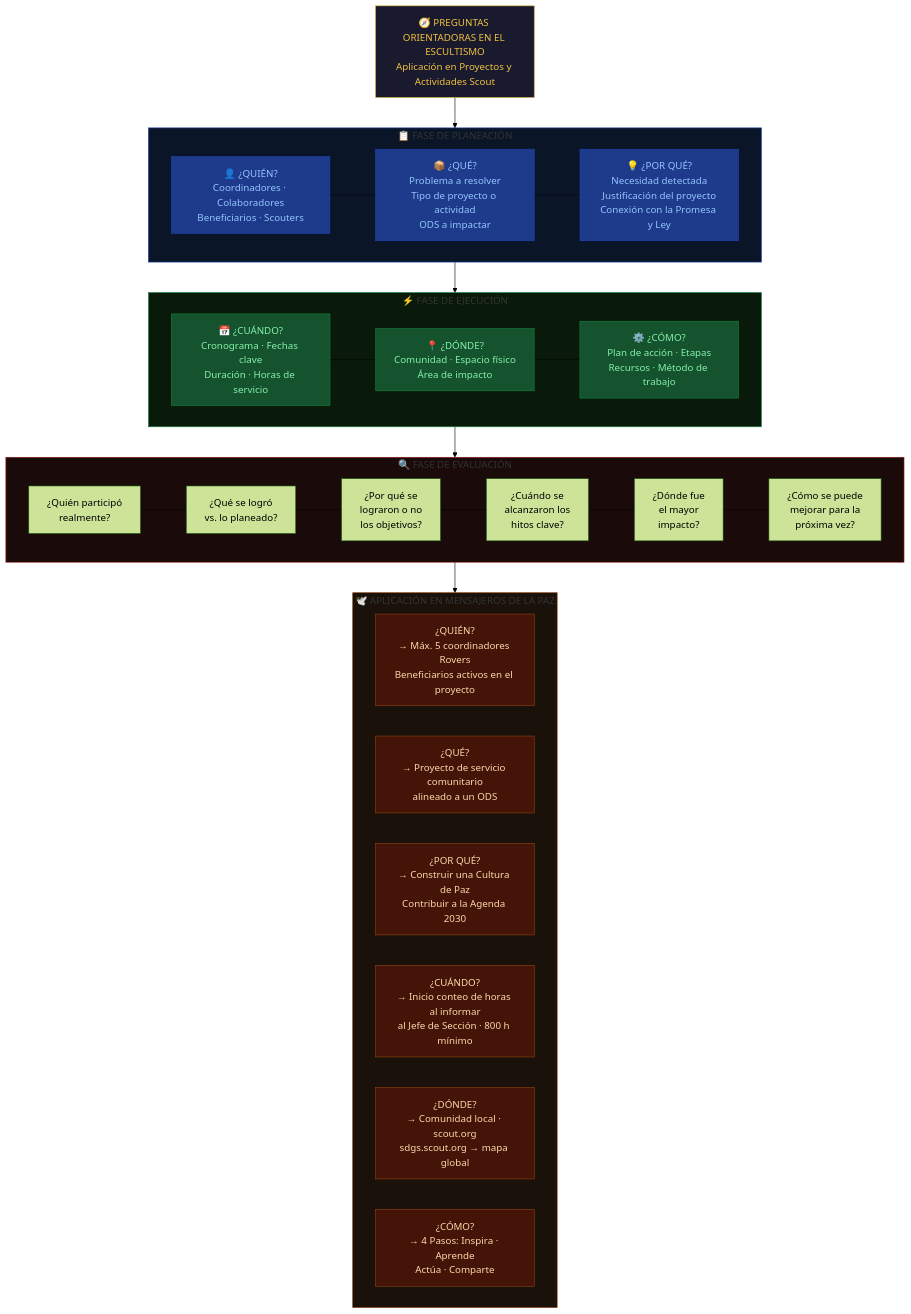
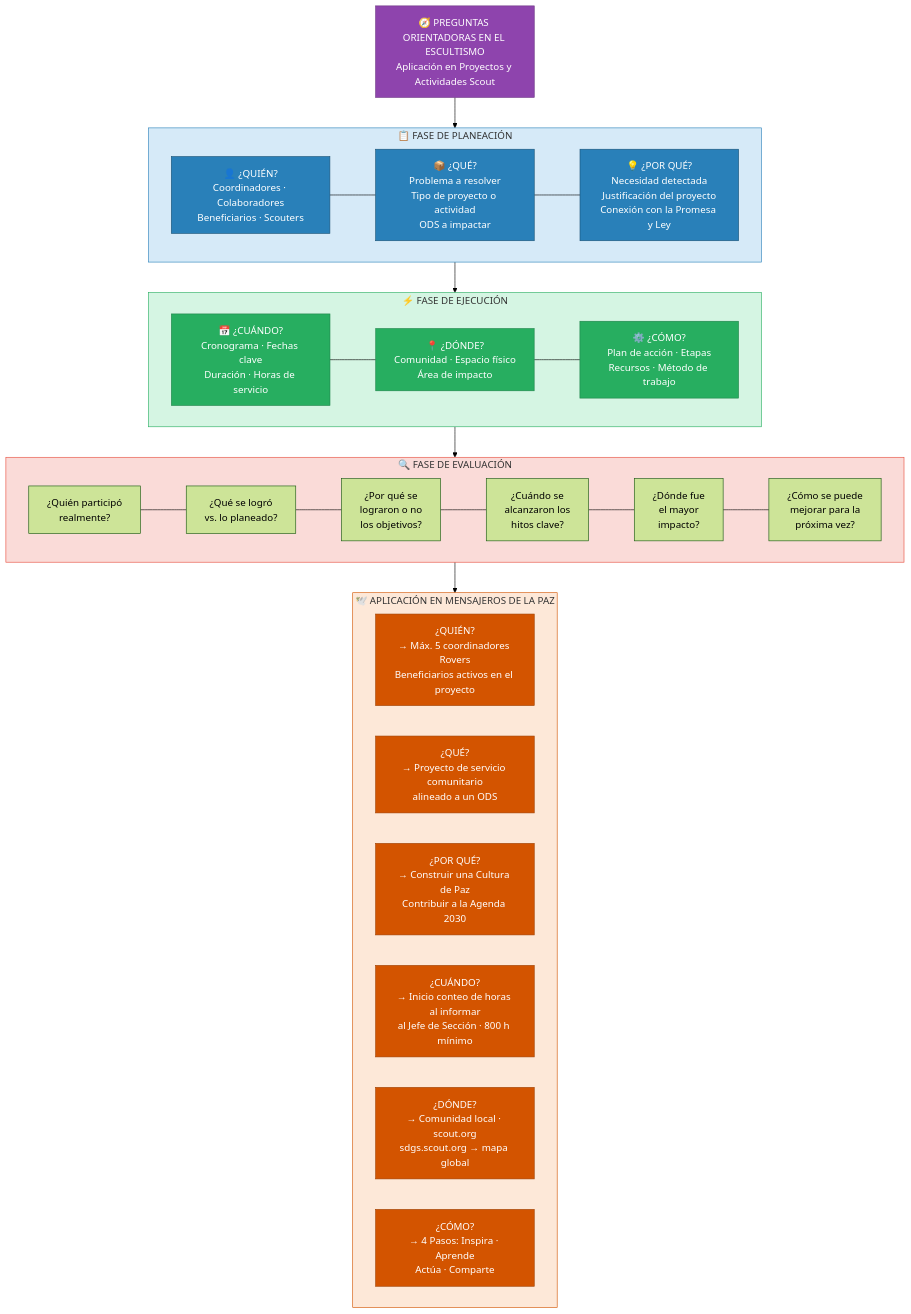
One commit to conecta-clanes/my-website changed the second of 2 diagrams in docs/base-conocimiento/tips-para-todos/5w1h-preguntas-orientadoras.md. Above: the diagram before and after it, drawn with Mermaid (forest theme). The commit also changed other lines of this file and 51 other files, not shown here.

````diff
--- a/docs/base-conocimiento/tips-para-todos/5w1h-preguntas-orientadoras.md
+++ b/docs/base-conocimiento/tips-para-todos/5w1h-preguntas-orientadoras.md
@@ -40,66 +40,66 @@
 ```mermaid
 flowchart TD
     TITLE["🧭 PREGUNTAS ORIENTADORAS EN EL ESCULTISMO<BR>Aplicación en Proyectos y Actividades Scout"]
 
     TITLE --> PLAN
 
     subgraph PLAN["📋 FASE DE PLANEACIÓN"]
         direction LR
         WHO["👤 ¿QUIÉN?<BR>Coordinadores · Colaboradores<BR>Beneficiarios · Scouters"]
         WHAT["📦 ¿QUÉ?<BR>Problema a resolver<BR>Tipo de proyecto o actividad<BR>ODS a impactar"]
         WHY["💡 ¿POR QUÉ?<BR>Necesidad detectada<BR>Justificación del proyecto<BR>Conexión con la Promesa y Ley"]
         WHO --- WHAT --- WHY
     end
 
     PLAN --> EXEC
 
     subgraph EXEC["⚡ FASE DE EJECUCIÓN"]
         direction LR
         WHEN["📅 ¿CUÁNDO?<BR>Cronograma · Fechas clave<BR>Duración · Horas de servicio"]
         WHERE["📍 ¿DÓNDE?<BR>Comunidad · Espacio físico<BR>Área de impacto"]
         HOW["⚙️ ¿CÓMO?<BR>Plan de acción · Etapas<BR>Recursos · Método de trabajo"]
         WHEN --- WHERE --- HOW
     end
 
     EXEC --> EVAL
 
     subgraph EVAL["🔍 FASE DE EVALUACIÓN"]
         direction LR
         E1["¿Quién participó<BR>realmente?"]
         E2["¿Qué se logró<BR>vs. lo planeado?"]
         E3["¿Por qué se<BR>lograron o no<BR>los objetivos?"]
         E4["¿Cuándo se<BR>alcanzaron los<BR>hitos clave?"]
         E5["¿Dónde fue<BR>el mayor<BR>impacto?"]
         E6["¿Cómo se puede<BR>mejorar para la<BR>próxima vez?"]
         E1 --- E2 --- E3 --- E4 --- E5 --- E6
     end
 
     EVAL --> MOP
 
     subgraph MOP["🕊️ APLICACIÓN EN MENSAJEROS DE LA PAZ"]
         M1["¿QUIÉN?<BR>→ Máx. 5 coordinadores Rovers<BR>Beneficiarios activos en el proyecto"]
         M2["¿QUÉ?<BR>→ Proyecto de servicio comunitario<BR>alineado a un ODS"]
         M3["¿POR QUÉ?<BR>→ Construir una Cultura de Paz<BR>Contribuir a la Agenda 2030"]
         M4["¿CUÁNDO?<BR>→ Inicio conteo de horas al informar<BR>al Jefe de Sección · 800 h mínimo"]
         M5["¿DÓNDE?<BR>→ Comunidad local · scout.org<BR>sdgs.scout.org → mapa global"]
         M6["¿CÓMO?<BR>→ 4 Pasos: Inspira · Aprende<BR>Actúa · Comparte"]
     end
 
-    style TITLE fill:#1a1a2e,color:#f0c040,stroke:#c8a92b
-    style PLAN fill:#0a1628,stroke:#1e40af
-    style EXEC fill:#0a1a0a,stroke:#15803d
-    style EVAL fill:#1a0a0a,stroke:#991b1b
-    style MOP fill:#1a120a,stroke:#92400e
-    style WHO fill:#1e3a8a,color:#93c5fd,stroke:#1e40af
-    style WHAT fill:#1e3a8a,color:#93c5fd,stroke:#1e40af
-    style WHY fill:#1e3a8a,color:#93c5fd,stroke:#1e40af
-    style WHEN fill:#14532d,color:#86efac,stroke:#15803d
-    style WHERE fill:#14532d,color:#86efac,stroke:#15803d
-    style HOW fill:#14532d,color:#86efac,stroke:#15803d
-    style M1 fill:#431407,color:#fed7aa,stroke:#92400e
-    style M2 fill:#431407,color:#fed7aa,stroke:#92400e
-    style M3 fill:#431407,color:#fed7aa,stroke:#92400e
-    style M4 fill:#431407,color:#fed7aa,stroke:#92400e
-    style M5 fill:#431407,color:#fed7aa,stroke:#92400e
-    style M6 fill:#431407,color:#fed7aa,stroke:#92400e
+    style TITLE fill:#8e44ad,stroke:#6c3483,color:#fff
+    style PLAN fill:#d6eaf8,stroke:#2980b9
+    style EXEC fill:#d5f5e3,stroke:#27ae60
+    style EVAL fill:#fadbd8,stroke:#e74c3c
+    style MOP fill:#fde8d8,stroke:#d35400
+    style WHO fill:#2980b9,stroke:#1a5276,color:#fff
+    style WHAT fill:#2980b9,stroke:#1a5276,color:#fff
+    style WHY fill:#2980b9,stroke:#1a5276,color:#fff
+    style WHEN fill:#27ae60,stroke:#1e8449,color:#fff
+    style WHERE fill:#27ae60,stroke:#1e8449,color:#fff
+    style HOW fill:#27ae60,stroke:#1e8449,color:#fff
+    style M1 fill:#d35400,stroke:#a04000,color:#fff
+    style M2 fill:#d35400,stroke:#a04000,color:#fff
+    style M3 fill:#d35400,stroke:#a04000,color:#fff
+    style M4 fill:#d35400,stroke:#a04000,color:#fff
+    style M5 fill:#d35400,stroke:#a04000,color:#fff
+    style M6 fill:#d35400,stroke:#a04000,color:#fff
 ```
````
